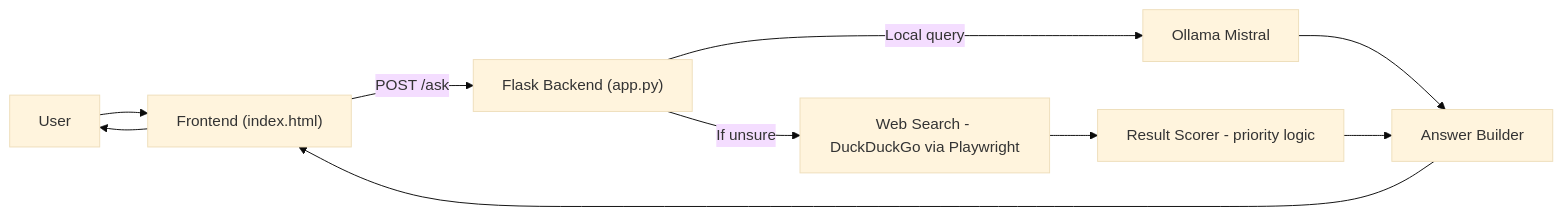
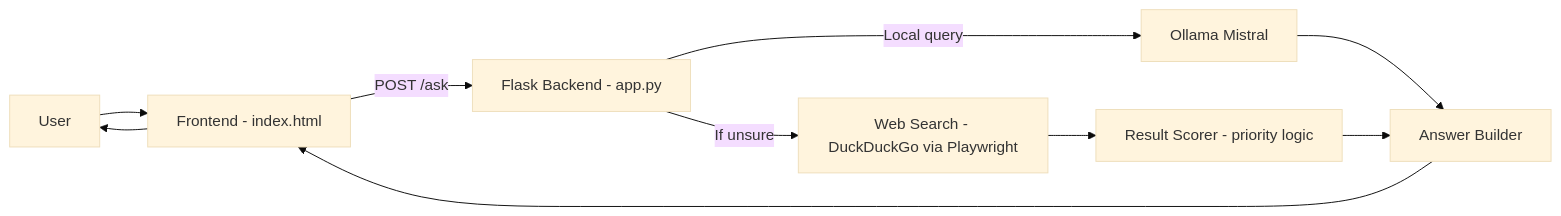
One commit to AshmitThakur23/Local-AI-Web-Navigator changed the first of 3 diagrams in README.md. Above: the diagram before and after it, drawn with Mermaid (base theme). The commit also changed other lines of this file and 15 other files, not shown here.

Commit message:
Fix Mermaid diagrams, remove redundant docs and launchers, update .gitignore

````diff
--- a/README.md
+++ b/README.md
@@ -57,12 +57,12 @@
 ```mermaid
 flowchart LR
-  U["User"] --> F["Frontend (index.html)"]
-  F -->|POST /ask| B["Flask Backend (app.py)"]
-  B -->|Local query| L["Ollama Mistral"]
-  B -->|If unsure| S["Web Search - DuckDuckGo via Playwright"]
+  U["User"] --> F["Frontend - index.html"]
+  F -->|"POST /ask"| B["Flask Backend - app.py"]
+  B -->|"Local query"| L["Ollama Mistral"]
+  B -->|"If unsure"| S["Web Search - DuckDuckGo via Playwright"]
   S --> R["Result Scorer - priority logic"]
   L --> A["Answer Builder"]
   R --> A
   A --> F
   F --> U
 ```
````
